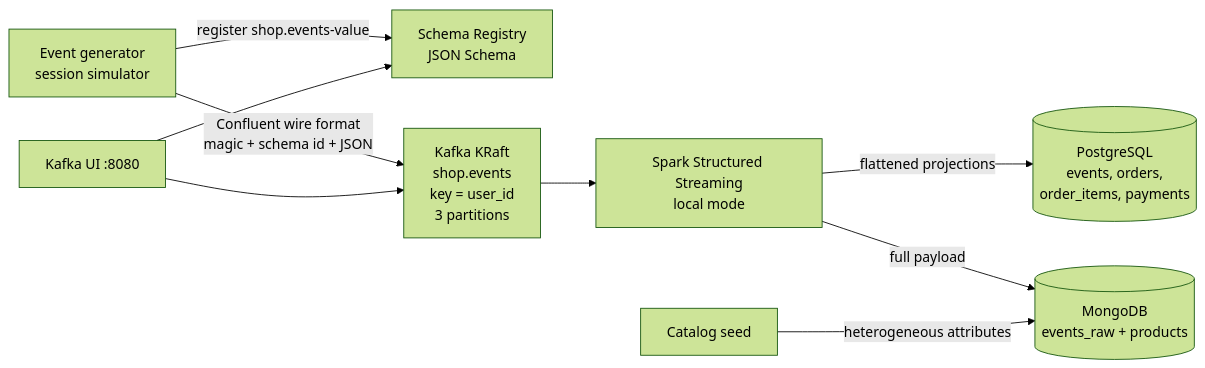
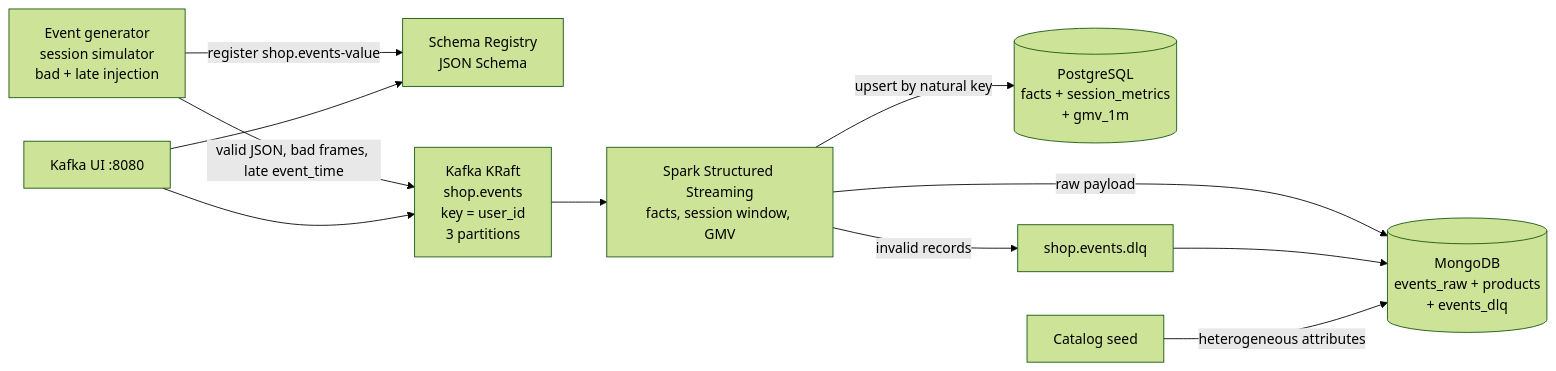
One commit to ghostrasiel/shop-stream changed the diagram in README.md. Above: the diagram before and after it, drawn with Mermaid (forest theme). The commit also changed other lines of this file and 15 other files, not shown here.

````diff
--- a/README.md
+++ b/README.md
@@ -9,19 +9,22 @@
 ```mermaid
 flowchart LR
-  Gen["Event generator<br/>session simulator"]
+  Gen["Event generator<br/>session simulator<br/>bad + late injection"]
   SR["Schema Registry<br/>JSON Schema"]
   Kafka["Kafka KRaft<br/>shop.events<br/>key = user_id<br/>3 partitions"]
-  Spark["Spark Structured Streaming<br/>local mode"]
-  PG[("PostgreSQL<br/>events, orders,<br/>order_items, payments")]
-  Mongo[("MongoDB<br/>events_raw + products")]
+  Spark["Spark Structured Streaming<br/>facts, session window, GMV"]
+  PG[("PostgreSQL<br/>facts + session_metrics<br/>+ gmv_1m")]
+  Mongo[("MongoDB<br/>events_raw + products<br/>+ events_dlq")]
+  DLQ["shop.events.dlq"]
   UI["Kafka UI :8080"]
 
   Gen -->|register shop.events-value| SR
-  Gen -->|"Confluent wire format<br/>magic + schema id + JSON"| Kafka
+  Gen -->|"valid JSON, bad frames, late event_time"| Kafka
   Kafka --> Spark
-  Spark -->|flattened projections| PG
-  Spark -->|full payload| Mongo
+  Spark -->|upsert by natural key| PG
+  Spark -->|raw payload| Mongo
+  Spark -->|invalid records| DLQ
+  DLQ --> Mongo
   Seed["Catalog seed"] -->|heterogeneous attributes| Mongo
   UI --> Kafka
   UI --> SR
 ```
````
